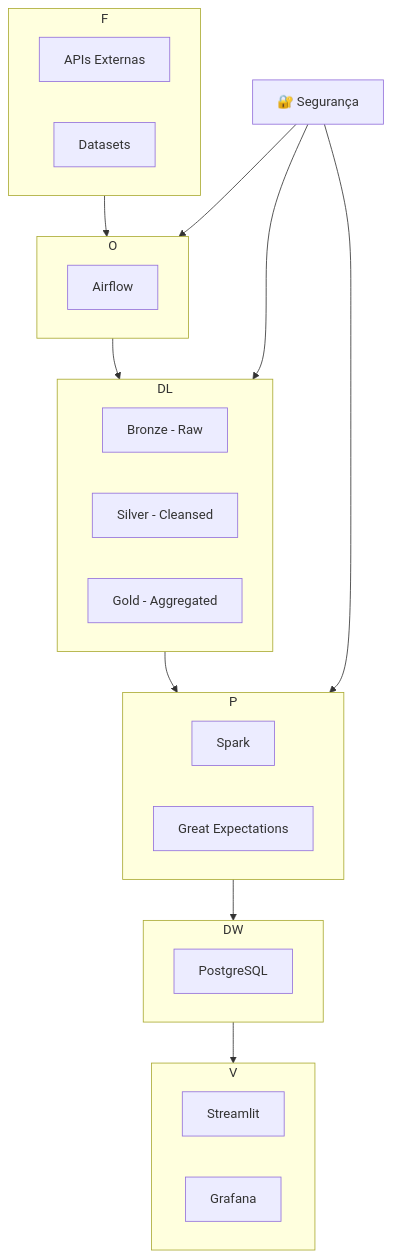
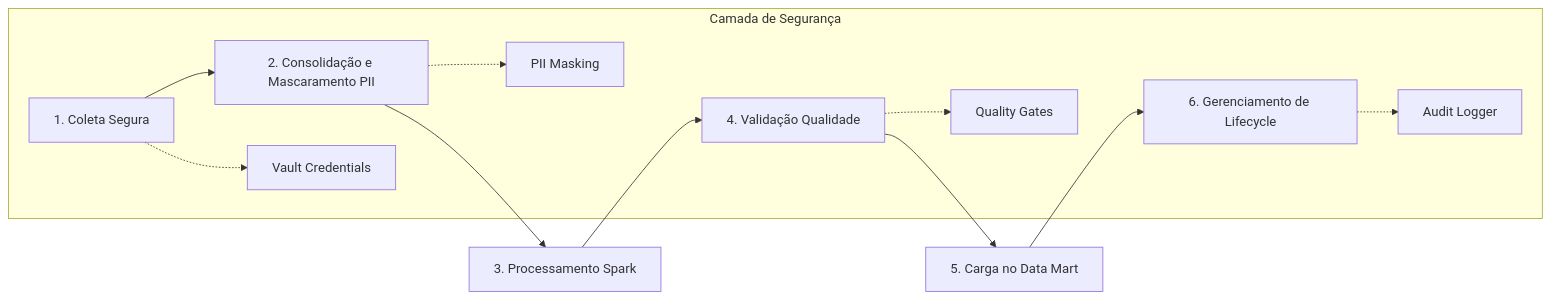
One commit to Bisnaguinhax/haha changed the diagram in README.md. Above: the diagram before and after it, drawn with Mermaid. The commit also changed other lines of this file, not shown here.

````diff
--- a/README.md
+++ b/README.md
@@ -32,41 +176,15 @@
 ```mermaid
-graph TD
-    F[Fontes] --> O[Orquestração]
-    O --> DL[Data Lake]
-    DL --> P[Processamento]
-    P --> DW[Data Warehouse]
-    DW --> V[Visualização]
+flowchart LR
+    A[1. Coleta Segura] --> B[2. Consolidação e Mascaramento PII]
+    B --> C[3. Processamento Spark]
+    C --> D[4. Validação Qualidade]
+    D --> E[5. Carga no Data Mart]
+    E --> F[6. Gerenciamento de Lifecycle]
     
-    subgraph F
-        API[APIs Externas]
-        DS[Datasets]
+    subgraph "Camada de Segurança"
+        A -.-> G[Vault Credentials]
+        B -.-> H[PII Masking]
+        D -.-> I[Quality Gates]
+        F -.-> J[Audit Logger]
     end
-    
-    subgraph O
-        AF[Airflow]
-    end
-    
-    subgraph DL
-        B[Bronze - Raw]
-        S[Silver - Cleansed]
-        G[Gold - Aggregated]
-    end
-    
-    subgraph P
-        SP[Spark]
-        GE[Great Expectations]
-    end
-    
-    subgraph DW
-        PG[PostgreSQL]
-    end
-    
-    subgraph V
-        ST[Streamlit]
-        GF[Grafana]
-    end
-    
-    SEC[🔐 Segurança] --> O
-    SEC --> DL
-    SEC --> P
 ```
````
